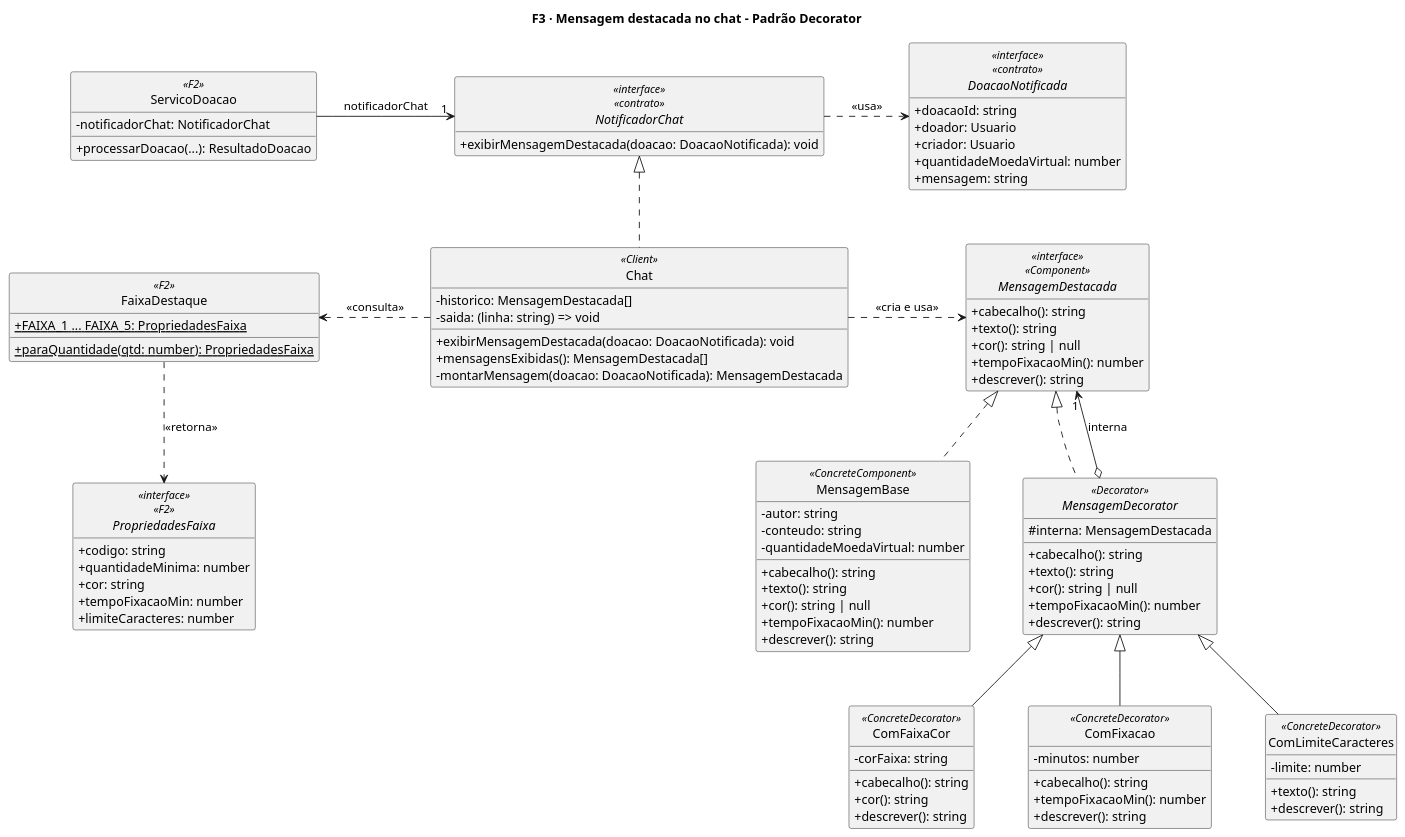
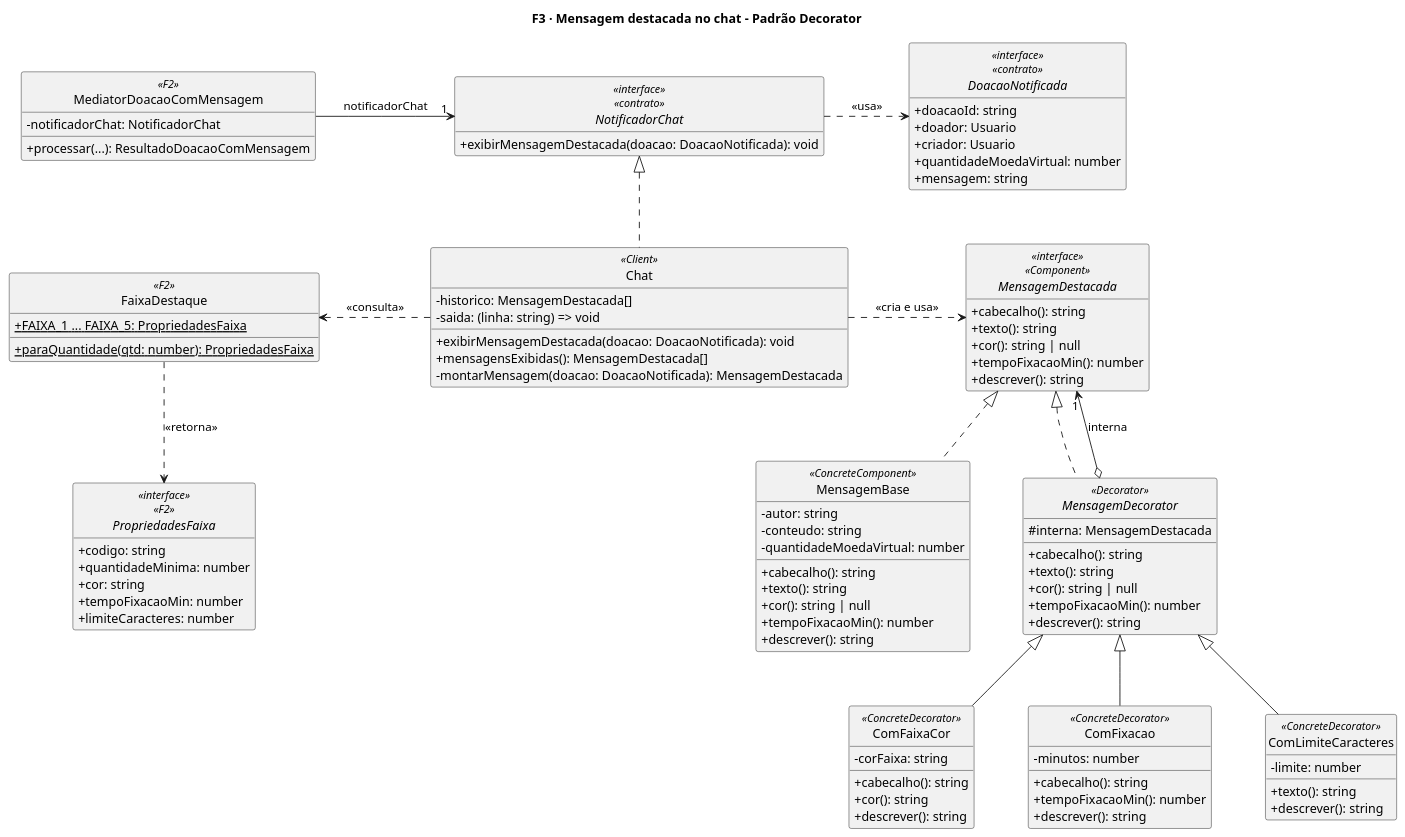
Before and after one commit to UnBArqDsw2026-2-Turma01/2026.2-T01-_G6_ProjetoStreamingVideo_SubEquipe02_Codigo: the diagram in docs/f3-visao-geral.puml, drawn with PlantUML.

Commit message:
Atualiza o diagrama da F3 com o MediatorDoacaoComMensagem da F2

```diff
--- a/docs/f3-visao-geral.puml
+++ b/docs/f3-visao-geral.puml
@@ -1,122 +1,122 @@
 @startuml f3-visao-geral
 ' F3 · Mensagem destacada no chat (Entrega 3, SubEquipe_02)
 ' Padrão estrutural: Decorator. Alinhado ao contrato src/contratos/NotificadorChat.ts
 ' e à FaixaDestaque da F2 (src/f2-doacao/FaixaDestaque.ts).
 title F3 · Mensagem destacada no chat - Padrão Decorator
 
 hide empty members
 skinparam classAttributeIconSize 0
 skinparam monochrome true
 skinparam shadowing false
 skinparam style strictuml
 hide circle
 skinparam nodesep 60
 skinparam ranksep 60
 
 ' ---------- Integração com a F2 ----------
-class ServicoDoacao <<F2>> {
+class MediatorDoacaoComMensagem <<F2>> {
   -notificadorChat: NotificadorChat
-  +processarDoacao(...): ResultadoDoacao
+  +processar(...): ResultadoDoacaoComMensagem
 }
 
 interface NotificadorChat <<interface>> <<contrato>> {
   +exibirMensagemDestacada(doacao: DoacaoNotificada): void
 }
 
 interface DoacaoNotificada <<interface>> <<contrato>> {
   +doacaoId: string
   +doador: Usuario
   +criador: Usuario
   +quantidadeMoedaVirtual: number
   +mensagem: string
 }
 
 class FaixaDestaque <<F2>> {
   +{static} FAIXA_1 ... FAIXA_5: PropriedadesFaixa
   +{static} paraQuantidade(qtd: number): PropriedadesFaixa
 }
 
 interface PropriedadesFaixa <<interface>> <<F2>> {
   +codigo: string
   +quantidadeMinima: number
   +cor: string
   +tempoFixacaoMin: number
   +limiteCaracteres: number
 }
 
 ' ---------- F3: Decorator ----------
 class Chat <<Client>> {
   -historico: MensagemDestacada[]
   {field} -saida: (linha: string) => void
   +exibirMensagemDestacada(doacao: DoacaoNotificada): void
   +mensagensExibidas(): MensagemDestacada[]
   -montarMensagem(doacao: DoacaoNotificada): MensagemDestacada
 }
 
 interface MensagemDestacada <<interface>> <<Component>> {
   +cabecalho(): string
   +texto(): string
   +cor(): string | null
   +tempoFixacaoMin(): number
   +descrever(): string
 }
 
 class MensagemBase <<ConcreteComponent>> {
   -autor: string
   -conteudo: string
   -quantidadeMoedaVirtual: number
   +cabecalho(): string
   +texto(): string
   +cor(): string | null
   +tempoFixacaoMin(): number
   +descrever(): string
 }
 
 abstract class MensagemDecorator <<Decorator>> {
   #interna: MensagemDestacada
   +cabecalho(): string
   +texto(): string
   +cor(): string | null
   +tempoFixacaoMin(): number
   +descrever(): string
 }
 
 class ComFaixaCor <<ConcreteDecorator>> {
   -corFaixa: string
   +cabecalho(): string
   +cor(): string
   +descrever(): string
 }
 
 class ComFixacao <<ConcreteDecorator>> {
   -minutos: number
   +cabecalho(): string
   +tempoFixacaoMin(): number
   +descrever(): string
 }
 
 class ComLimiteCaracteres <<ConcreteDecorator>> {
   -limite: number
   +texto(): string
   +descrever(): string
 }
 
 ' ---------- Relações ----------
-ServicoDoacao -right-> "1" NotificadorChat : notificadorChat
+MediatorDoacaoComMensagem -right-> "1" NotificadorChat : notificadorChat
 NotificadorChat .right.> DoacaoNotificada : <<usa>>
 NotificadorChat <|.. Chat
 
 Chat .left.> FaixaDestaque : <<consulta>>
 FaixaDestaque ..> PropriedadesFaixa : <<retorna>>
 Chat .right.> MensagemDestacada : <<cria e usa>>
 
 MensagemDestacada <|.. MensagemBase
 MensagemDestacada <|.. MensagemDecorator : " "
 MensagemDestacada "1" <--o MensagemDecorator : interna
 
 MensagemDecorator <|-- ComLimiteCaracteres
 MensagemDecorator <|-- ComFaixaCor
 MensagemDecorator <|-- ComFixacao
 
 
 @enduml
```
